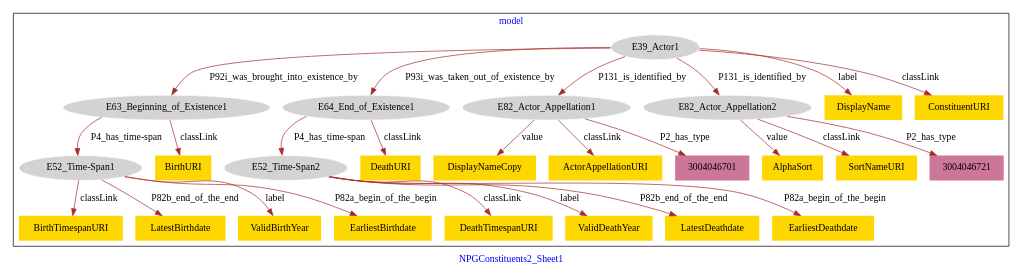
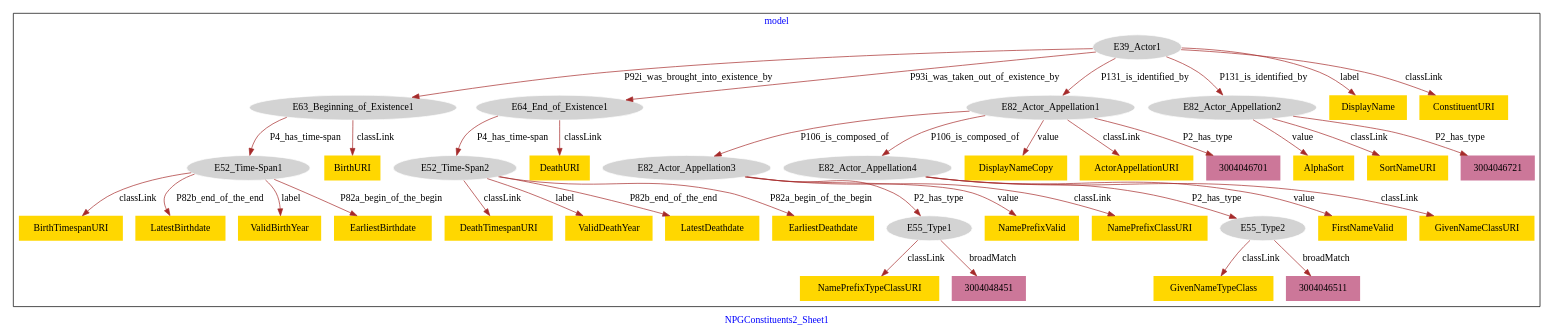
The diagram in NPGConstituents/NPGConstituents2-model.dot (american-art/npg), drawn with Graphviz before and after one commit.

Commit message:
Update file NPGConstituents2-model.dot

```diff
--- a/NPGConstituents/NPGConstituents2-model.dot
+++ b/NPGConstituents/NPGConstituents2-model.dot
@@ -1,57 +1,81 @@
 digraph n0 {
 fontcolor="blue"
 remincross="true"
 label="NPGConstituents2_Sheet1"
 subgraph cluster {
 label="model"
 n2[style="filled",color="white",fillcolor="lightgray",label="E39_Actor1"];
 n3[style="filled",color="white",fillcolor="lightgray",label="E63_Beginning_of_Existence1"];
 n4[style="filled",color="white",fillcolor="lightgray",label="E64_End_of_Existence1"];
 n5[style="filled",color="white",fillcolor="lightgray",label="E82_Actor_Appellation1"];
 n6[style="filled",color="white",fillcolor="lightgray",label="E82_Actor_Appellation2"];
 n7[style="filled",color="white",fillcolor="lightgray",label="E52_Time-Span1"];
 n8[style="filled",color="white",fillcolor="lightgray",label="E52_Time-Span2"];
-n9[shape="plaintext",style="filled",fillcolor="gold",label="DisplayName"];
-n10[shape="plaintext",style="filled",fillcolor="gold",label="DeathTimespanURI"];
-n11[shape="plaintext",style="filled",fillcolor="gold",label="DisplayNameCopy"];
-n12[shape="plaintext",style="filled",fillcolor="gold",label="AlphaSort"];
-n13[shape="plaintext",style="filled",fillcolor="gold",label="ValidDeathYear"];
-n14[shape="plaintext",style="filled",fillcolor="gold",label="BirthTimespanURI"];
-n15[shape="plaintext",style="filled",fillcolor="gold",label="LatestBirthdate"];
-n16[shape="plaintext",style="filled",fillcolor="gold",label="BirthURI"];
-n17[shape="plaintext",style="filled",fillcolor="gold",label="ValidBirthYear"];
-n18[shape="plaintext",style="filled",fillcolor="gold",label="LatestDeathdate"];
-n19[shape="plaintext",style="filled",fillcolor="gold",label="ActorAppellationURI"];
-n20[shape="plaintext",style="filled",fillcolor="gold",label="EarliestBirthdate"];
-n21[shape="plaintext",style="filled",fillcolor="gold",label="ConstituentURI"];
-n22[shape="plaintext",style="filled",fillcolor="gold",label="DeathURI"];
-n23[shape="plaintext",style="filled",fillcolor="gold",label="SortNameURI"];
-n24[shape="plaintext",style="filled",fillcolor="gold",label="EarliestDeathdate"];
-n25[shape="plaintext",style="filled",fillcolor="#CC7799",label="3004046701"];
-n26[shape="plaintext",style="filled",fillcolor="#CC7799",label="3004046721"];
+n9[style="filled",color="white",fillcolor="lightgray",label="E82_Actor_Appellation3"];
+n10[style="filled",color="white",fillcolor="lightgray",label="E82_Actor_Appellation4"];
+n11[style="filled",color="white",fillcolor="lightgray",label="E55_Type1"];
+n12[style="filled",color="white",fillcolor="lightgray",label="E55_Type2"];
+n13[shape="plaintext",style="filled",fillcolor="gold",label="DisplayName"];
+n14[shape="plaintext",style="filled",fillcolor="gold",label="DeathTimespanURI"];
+n15[shape="plaintext",style="filled",fillcolor="gold",label="DisplayNameCopy"];
+n16[shape="plaintext",style="filled",fillcolor="gold",label="GivenNameTypeClass"];
+n17[shape="plaintext",style="filled",fillcolor="gold",label="NamePrefixValid"];
+n18[shape="plaintext",style="filled",fillcolor="gold",label="FirstNameValid"];
+n19[shape="plaintext",style="filled",fillcolor="gold",label="AlphaSort"];
+n20[shape="plaintext",style="filled",fillcolor="gold",label="ValidDeathYear"];
+n21[shape="plaintext",style="filled",fillcolor="gold",label="BirthTimespanURI"];
+n22[shape="plaintext",style="filled",fillcolor="gold",label="NamePrefixClassURI"];
+n23[shape="plaintext",style="filled",fillcolor="gold",label="LatestBirthdate"];
+n24[shape="plaintext",style="filled",fillcolor="gold",label="BirthURI"];
+n25[shape="plaintext",style="filled",fillcolor="gold",label="ValidBirthYear"];
+n26[shape="plaintext",style="filled",fillcolor="gold",label="LatestDeathdate"];
+n27[shape="plaintext",style="filled",fillcolor="gold",label="ActorAppellationURI"];
+n28[shape="plaintext",style="filled",fillcolor="gold",label="NamePrefixTypeClassURI"];
+n29[shape="plaintext",style="filled",fillcolor="gold",label="EarliestBirthdate"];
+n30[shape="plaintext",style="filled",fillcolor="gold",label="ConstituentURI"];
+n31[shape="plaintext",style="filled",fillcolor="gold",label="DeathURI"];
+n32[shape="plaintext",style="filled",fillcolor="gold",label="SortNameURI"];
+n33[shape="plaintext",style="filled",fillcolor="gold",label="GivenNameClassURI"];
+n34[shape="plaintext",style="filled",fillcolor="gold",label="EarliestDeathdate"];
+n35[shape="plaintext",style="filled",fillcolor="#CC7799",label="3004046701"];
+n36[shape="plaintext",style="filled",fillcolor="#CC7799",label="3004046511"];
+n37[shape="plaintext",style="filled",fillcolor="#CC7799",label="3004048451"];
+n38[shape="plaintext",style="filled",fillcolor="#CC7799",label="3004046721"];
 }
 n2 -> n3[color="brown",fontcolor="black",label="P92i_was_brought_into_existence_by"]
 n2 -> n4[color="brown",fontcolor="black",label="P93i_was_taken_out_of_existence_by"]
 n2 -> n5[color="brown",fontcolor="black",label="P131_is_identified_by"]
 n2 -> n6[color="brown",fontcolor="black",label="P131_is_identified_by"]
 n3 -> n7[color="brown",fontcolor="black",label="P4_has_time-span"]
 n4 -> n8[color="brown",fontcolor="black",label="P4_has_time-span"]
-n2 -> n9[color="brown",fontcolor="black",label="label"]
-n8 -> n10[color="brown",fontcolor="black",label="classLink"]
-n5 -> n11[color="brown",fontcolor="black",label="value"]
-n6 -> n12[color="brown",fontcolor="black",label="value"]
-n8 -> n13[color="brown",fontcolor="black",label="label"]
-n7 -> n14[color="brown",fontcolor="black",label="classLink"]
-n7 -> n15[color="brown",fontcolor="black",label="P82b_end_of_the_end"]
-n3 -> n16[color="brown",fontcolor="black",label="classLink"]
-n7 -> n17[color="brown",fontcolor="black",label="label"]
-n8 -> n18[color="brown",fontcolor="black",label="P82b_end_of_the_end"]
-n5 -> n19[color="brown",fontcolor="black",label="classLink"]
-n7 -> n20[color="brown",fontcolor="black",label="P82a_begin_of_the_begin"]
-n2 -> n21[color="brown",fontcolor="black",label="classLink"]
-n4 -> n22[color="brown",fontcolor="black",label="classLink"]
-n6 -> n23[color="brown",fontcolor="black",label="classLink"]
-n8 -> n24[color="brown",fontcolor="black",label="P82a_begin_of_the_begin"]
-n5 -> n25[color="brown",fontcolor="black",label="P2_has_type"]
-n6 -> n26[color="brown",fontcolor="black",label="P2_has_type"]
+n5 -> n9[color="brown",fontcolor="black",label="P106_is_composed_of"]
+n5 -> n10[color="brown",fontcolor="black",label="P106_is_composed_of"]
+n9 -> n11[color="brown",fontcolor="black",label="P2_has_type"]
+n10 -> n12[color="brown",fontcolor="black",label="P2_has_type"]
+n2 -> n13[color="brown",fontcolor="black",label="label"]
+n8 -> n14[color="brown",fontcolor="black",label="classLink"]
+n5 -> n15[color="brown",fontcolor="black",label="value"]
+n12 -> n16[color="brown",fontcolor="black",label="classLink"]
+n9 -> n17[color="brown",fontcolor="black",label="value"]
+n10 -> n18[color="brown",fontcolor="black",label="value"]
+n6 -> n19[color="brown",fontcolor="black",label="value"]
+n8 -> n20[color="brown",fontcolor="black",label="label"]
+n7 -> n21[color="brown",fontcolor="black",label="classLink"]
+n9 -> n22[color="brown",fontcolor="black",label="classLink"]
+n7 -> n23[color="brown",fontcolor="black",label="P82b_end_of_the_end"]
+n3 -> n24[color="brown",fontcolor="black",label="classLink"]
+n7 -> n25[color="brown",fontcolor="black",label="label"]
+n8 -> n26[color="brown",fontcolor="black",label="P82b_end_of_the_end"]
+n5 -> n27[color="brown",fontcolor="black",label="classLink"]
+n11 -> n28[color="brown",fontcolor="black",label="classLink"]
+n7 -> n29[color="brown",fontcolor="black",label="P82a_begin_of_the_begin"]
+n2 -> n30[color="brown",fontcolor="black",label="classLink"]
+n4 -> n31[color="brown",fontcolor="black",label="classLink"]
+n6 -> n32[color="brown",fontcolor="black",label="classLink"]
+n10 -> n33[color="brown",fontcolor="black",label="classLink"]
+n8 -> n34[color="brown",fontcolor="black",label="P82a_begin_of_the_begin"]
+n5 -> n35[color="brown",fontcolor="black",label="P2_has_type"]
+n12 -> n36[color="brown",fontcolor="black",label="broadMatch"]
+n11 -> n37[color="brown",fontcolor="black",label="broadMatch"]
+n6 -> n38[color="brown",fontcolor="black",label="P2_has_type"]
 }
```
